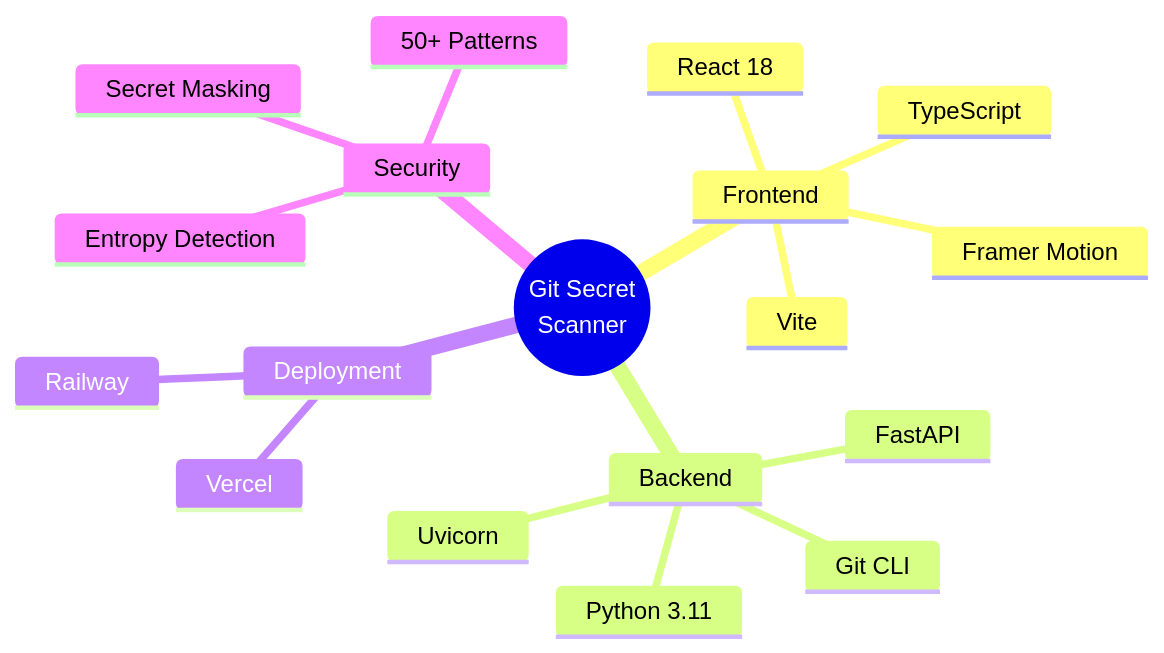
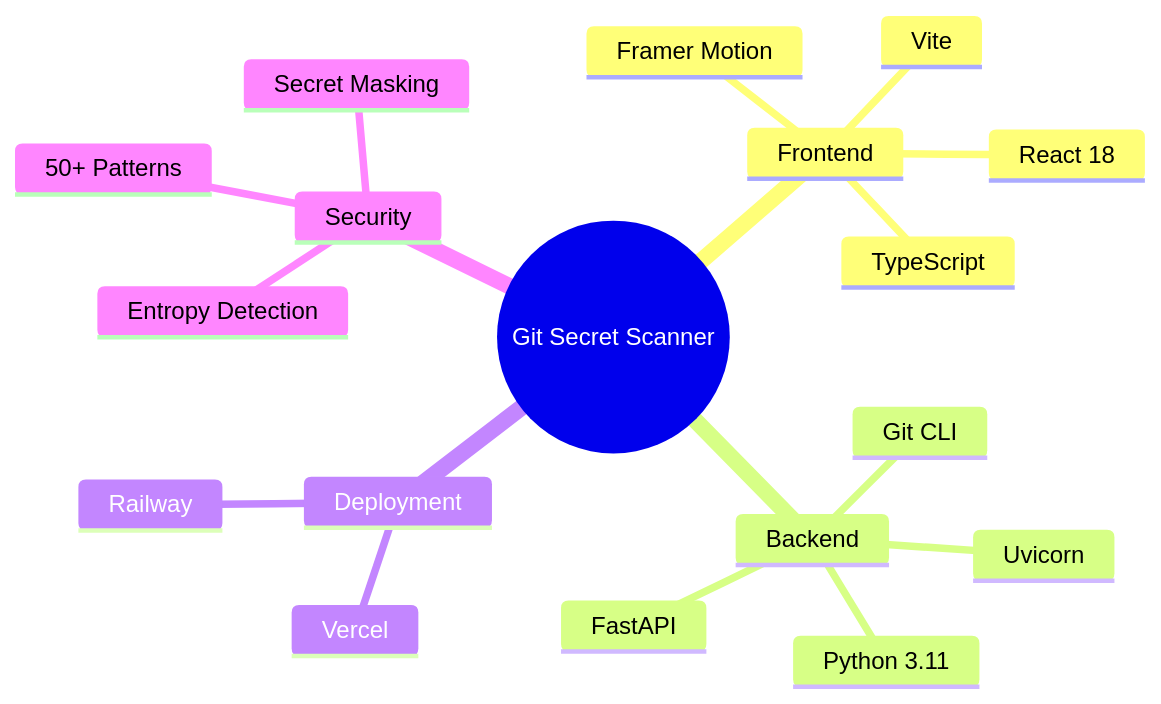
The eighth of 11 diagrams in architecture/HLD.md (alamshoaib134/git-secret-scanner), drawn with Mermaid before and after one commit. The commit also changed other lines of this file and 1 other file, not shown here.

First line of the commit message:
Fix Mermaid syntax errors in architecture diagrams

````diff
--- a/architecture/HLD.md
+++ b/architecture/HLD.md
@@ -213,21 +210,21 @@
 ```mermaid
 mindmap
-  root((Git Secret<br/>Scanner))
+  root((Git Secret Scanner))
     Frontend
       React 18
       TypeScript
       Vite
       Framer Motion
     Backend
       Python 3.11
       FastAPI
       Uvicorn
       Git CLI
     Deployment
       Vercel
       Railway
     Security
       50+ Patterns
       Entropy Detection
       Secret Masking
 ```
````
